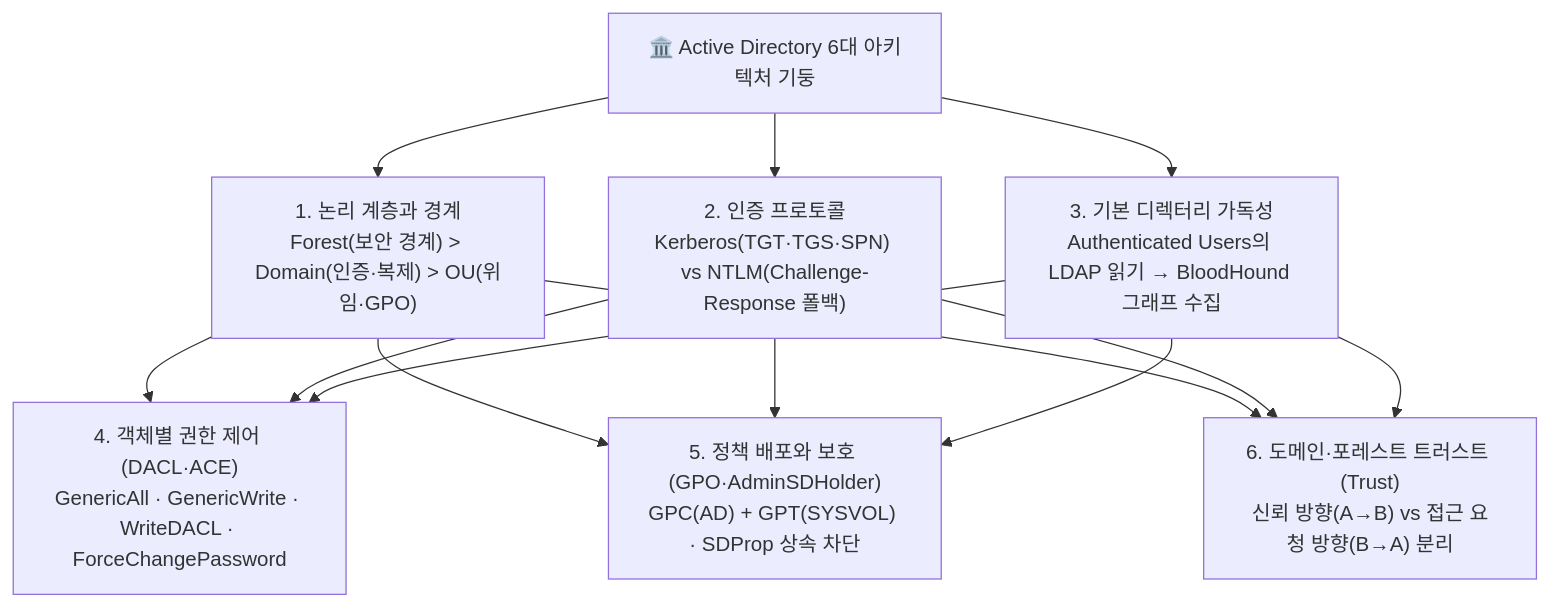
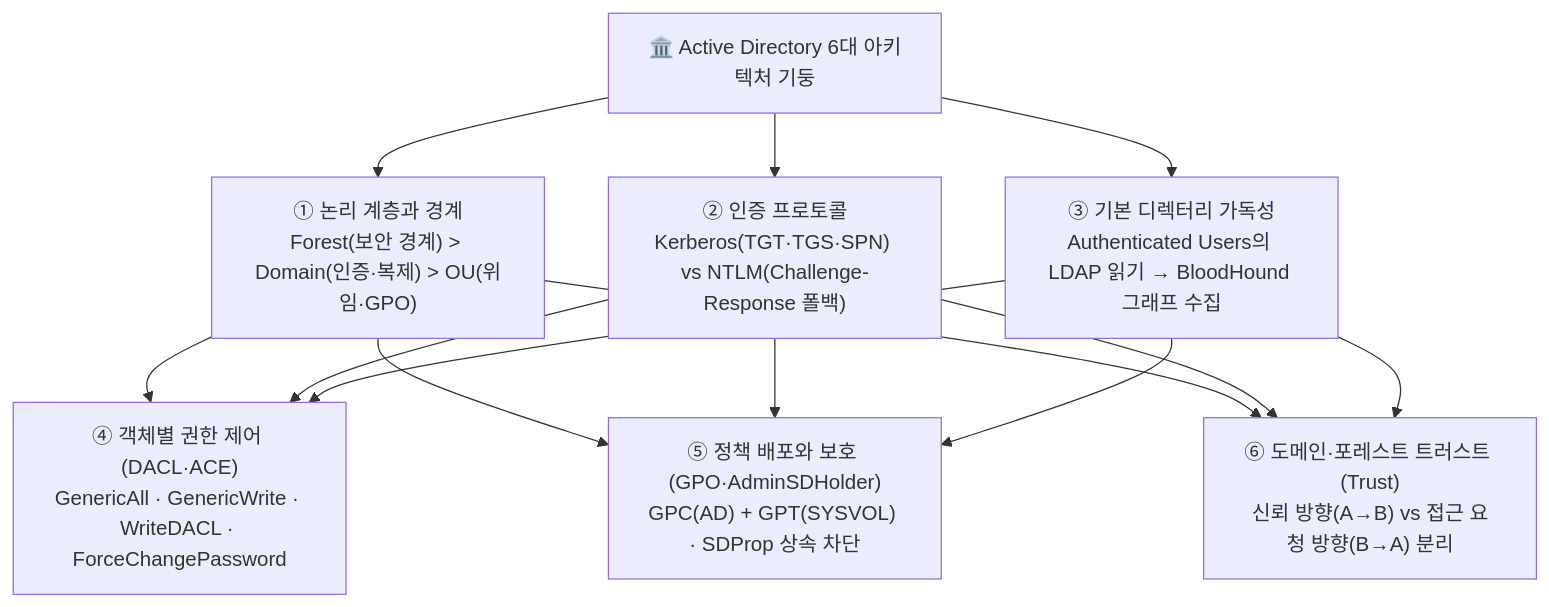
Before and after one commit to gooyong-sec/gooyong-sec.github.io: the first of 4 diagrams in content/OSCP/공격 체인 이전의 AD 아키텍처 기초 — Kerberos, NTLM, DACL·ACE, GPO·SYSVOL, 도메인 트러스트.md, drawn with Mermaid. The commit also changed 28 other files, not shown here.

First line of the commit message:
fix: eliminate remaining mermaid markdown-list misparse across all diagrams

````diff
--- a/content/OSCP/공격 체인 이전의 AD 아키텍처 기초 — Kerberos, NTLM, DACL·ACE, GPO·SYSVOL, 도메인 트러스트.md
+++ b/content/OSCP/공격 체인 이전의 AD 아키텍처 기초 — Kerberos, NTLM, DACL·ACE, GPO·SYSVOL, 도메인 트러스트.md
@@ -20,11 +20,11 @@
 ```mermaid
 flowchart TD
     Arch["🏛️ Active Directory 6대 아키텍처 기둥"] --> P1 & P2 & P3
-    P1["1. 논리 계층과 경계<br/>Forest(보안 경계) > Domain(인증·복제) > OU(위임·GPO)"]
-    P2["2. 인증 프로토콜<br/>Kerberos(TGT·TGS·SPN) vs NTLM(Challenge-Response 폴백)"]
-    P3["3. 기본 디렉터리 가독성<br/>Authenticated Users의 LDAP 읽기 → BloodHound 그래프 수집"]
+    P1["① 논리 계층과 경계<br/>Forest(보안 경계) > Domain(인증·복제) > OU(위임·GPO)"]
+    P2["② 인증 프로토콜<br/>Kerberos(TGT·TGS·SPN) vs NTLM(Challenge-Response 폴백)"]
+    P3["③ 기본 디렉터리 가독성<br/>Authenticated Users의 LDAP 읽기 → BloodHound 그래프 수집"]
     P1 & P2 & P3 --> P4 & P5 & P6
-    P4["4. 객체별 권한 제어 (DACL·ACE)<br/>GenericAll · GenericWrite · WriteDACL · ForceChangePassword"]
-    P5["5. 정책 배포와 보호 (GPO·AdminSDHolder)<br/>GPC(AD) + GPT(SYSVOL) · SDProp 상속 차단"]
-    P6["6. 도메인·포레스트 트러스트 (Trust)<br/>신뢰 방향(A→B) vs 접근 요청 방향(B→A) 분리"]
+    P4["④ 객체별 권한 제어 (DACL·ACE)<br/>GenericAll · GenericWrite · WriteDACL · ForceChangePassword"]
+    P5["⑤ 정책 배포와 보호 (GPO·AdminSDHolder)<br/>GPC(AD) + GPT(SYSVOL) · SDProp 상속 차단"]
+    P6["⑥ 도메인·포레스트 트러스트 (Trust)<br/>신뢰 방향(A→B) vs 접근 요청 방향(B→A) 분리"]
 ```
````
